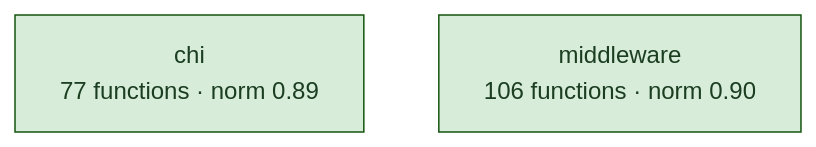
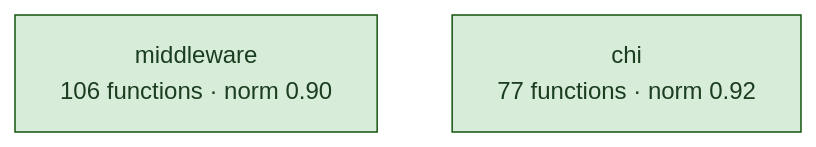
The second of 7 diagrams in examples/chi.md (LukasSelin/doppel), drawn with Mermaid (forest theme) before and after one commit. The commit also changed other lines of this file and 15 other files, not shown here.

````diff
--- a/examples/chi.md
+++ b/examples/chi.md
@@ -152,9 +152,9 @@
 ```mermaid
 flowchart TD
-    h0["chi<br/>77 functions · norm 0.89"]
-    h1["middleware<br/>106 functions · norm 0.90"]
+    h0["middleware<br/>106 functions · norm 0.90"]
+    h1["chi<br/>77 functions · norm 0.92"]
     classDef good fill:#d7ecd9,color:#1b3d20
     classDef warn fill:#fbeecb,color:#4a3a12
     classDef hot fill:#f7d6d6,color:#4a1c1c
     class h0,h1 good
 ```
````
